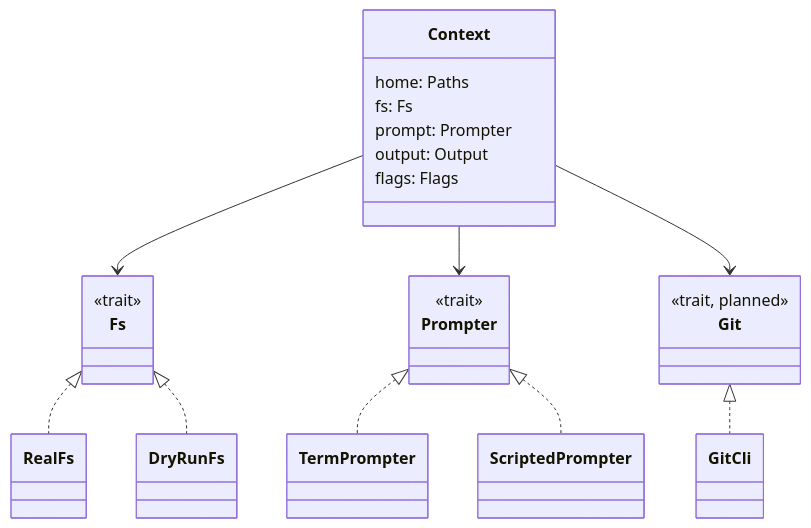
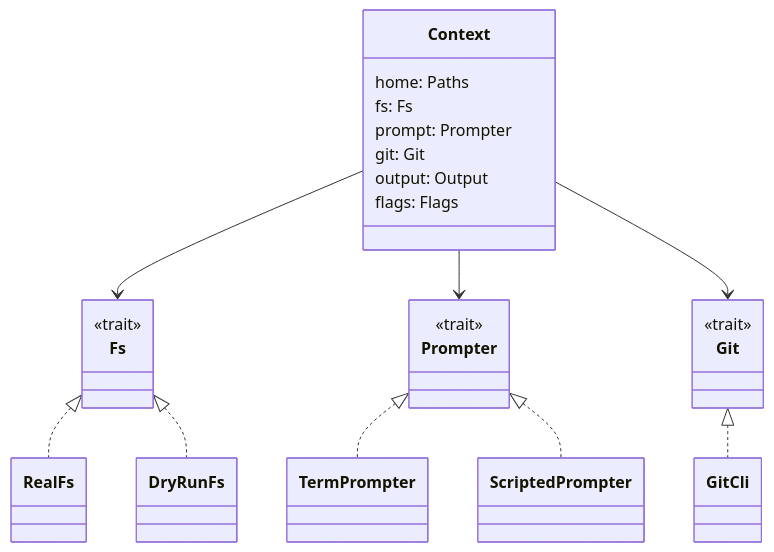
The third of 3 diagrams in wiki/Architecture.md (abindran/skillctl), drawn with Mermaid before and after one commit. The commit also changed other lines of this file and 4 other files, not shown here.

````diff
--- a/wiki/Architecture.md
+++ b/wiki/Architecture.md
@@ -33,21 +33,22 @@
 ```mermaid
 classDiagram
     class Context {
         home: Paths
         fs: Fs
         prompt: Prompter
+        git: Git
         output: Output
         flags: Flags
     }
     class Fs { <<trait>> }
     class Prompter { <<trait>> }
-    class Git { <<trait, planned>> }
+    class Git { <<trait>> }
     Context --> Fs
     Context --> Prompter
     Context --> Git
     Fs <|.. RealFs
     Fs <|.. DryRunFs
     Prompter <|.. TermPrompter
     Prompter <|.. ScriptedPrompter
     Git <|.. GitCli
 ```
````
